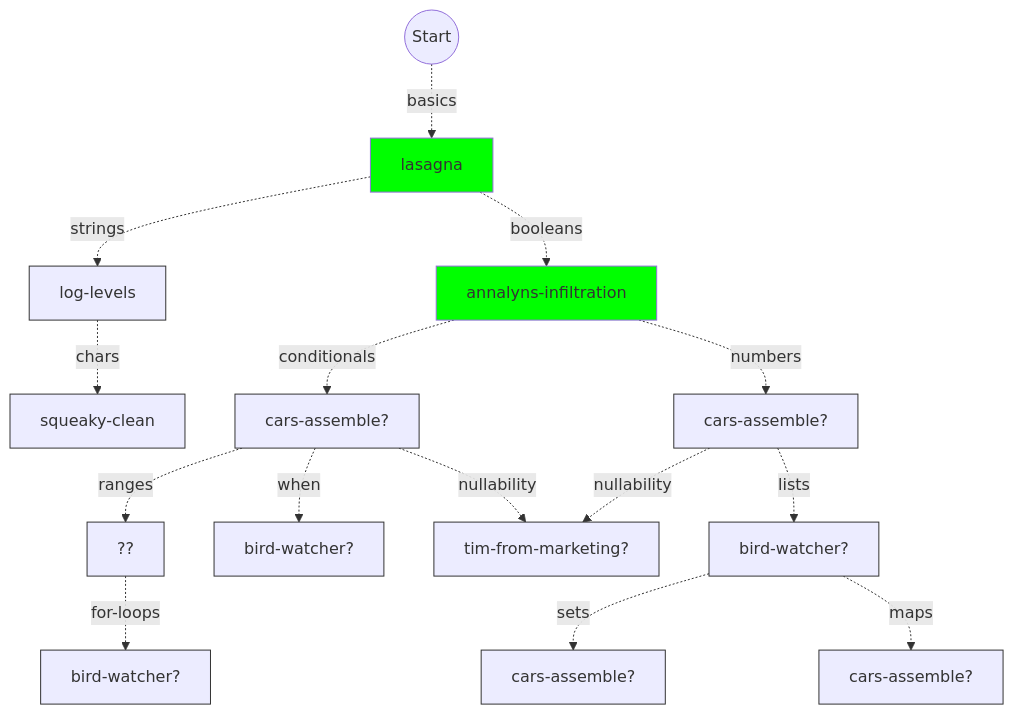
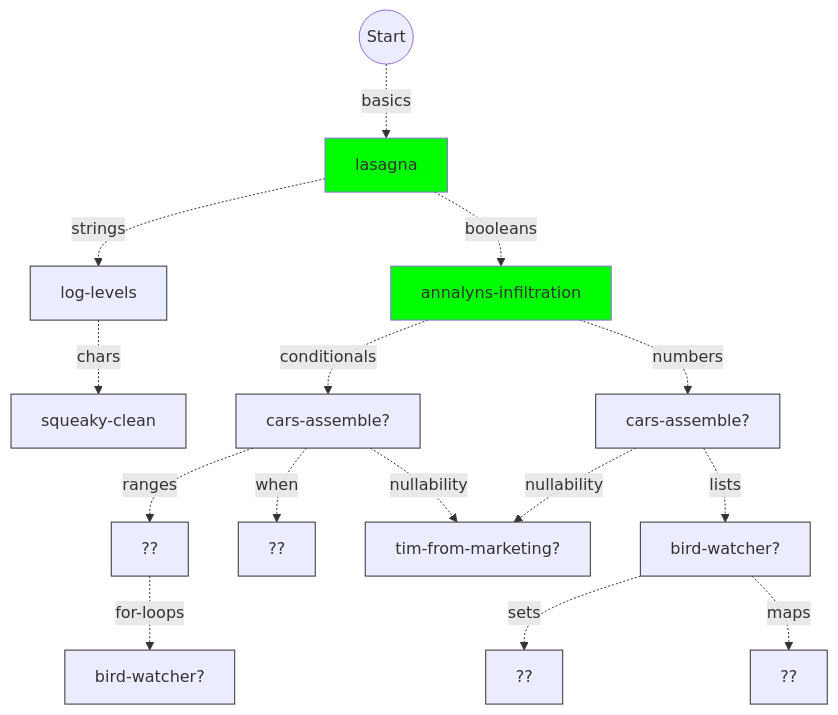
One commit to colinleach/learning-track-doodles changed the diagram in kotlin/flowchart.md. Above: the diagram before and after it, drawn with Mermaid. The commit also changed 2 other files, not shown here.

Commit message:
minor tweaks

````diff
--- a/kotlin/flowchart.md
+++ b/kotlin/flowchart.md
@@ -11,45 +11,45 @@
 ```mermaid
 graph TD
     
 start(("Start")) -.basics.-> basics["lasagna"]
 style basics fill:#0f0
 
 basics -.booleans.-> booleans["annalyns-infiltration"]
 style booleans fill:#0f0
 
 basics -.strings.-> strings["log-levels"]
 style strings stroke:#333
 
 strings -.chars.-> chars["squeaky-clean"]
 style chars stroke:#333
 
 booleans -.conditionals.-> conditionals["cars-assemble?"]
 style conditionals stroke:#333
 
 booleans -.numbers.-> numbers["cars-assemble?"]
 style numbers stroke:#333
 
     conditionals -.ranges.-> ranges["??"]
     style ranges stroke:#333
 
     ranges -.for-loops.-> for-loops["bird-watcher?"]
     style for-loops stroke:#333
 
-    conditionals -.when.-> when["bird-watcher?"]
+    conditionals -.when.-> when["??"]
     style when stroke:#333
 
     conditionals -.nullability.-> nullability["tim-from-marketing?"]
     numbers -.nullability.-> nullability["tim-from-marketing?"]
     style nullability stroke:#333
 
     numbers -.lists.-> lists["bird-watcher?"]
     style lists stroke:#333
 
-lists -.sets.-> sets["cars-assemble?"]
+lists -.sets.-> sets["??"]
 style sets stroke:#333
 
-lists -.maps.-> maps["cars-assemble?"]
+lists -.maps.-> maps["??"]
 style maps stroke:#333
 
 
 ```
````
